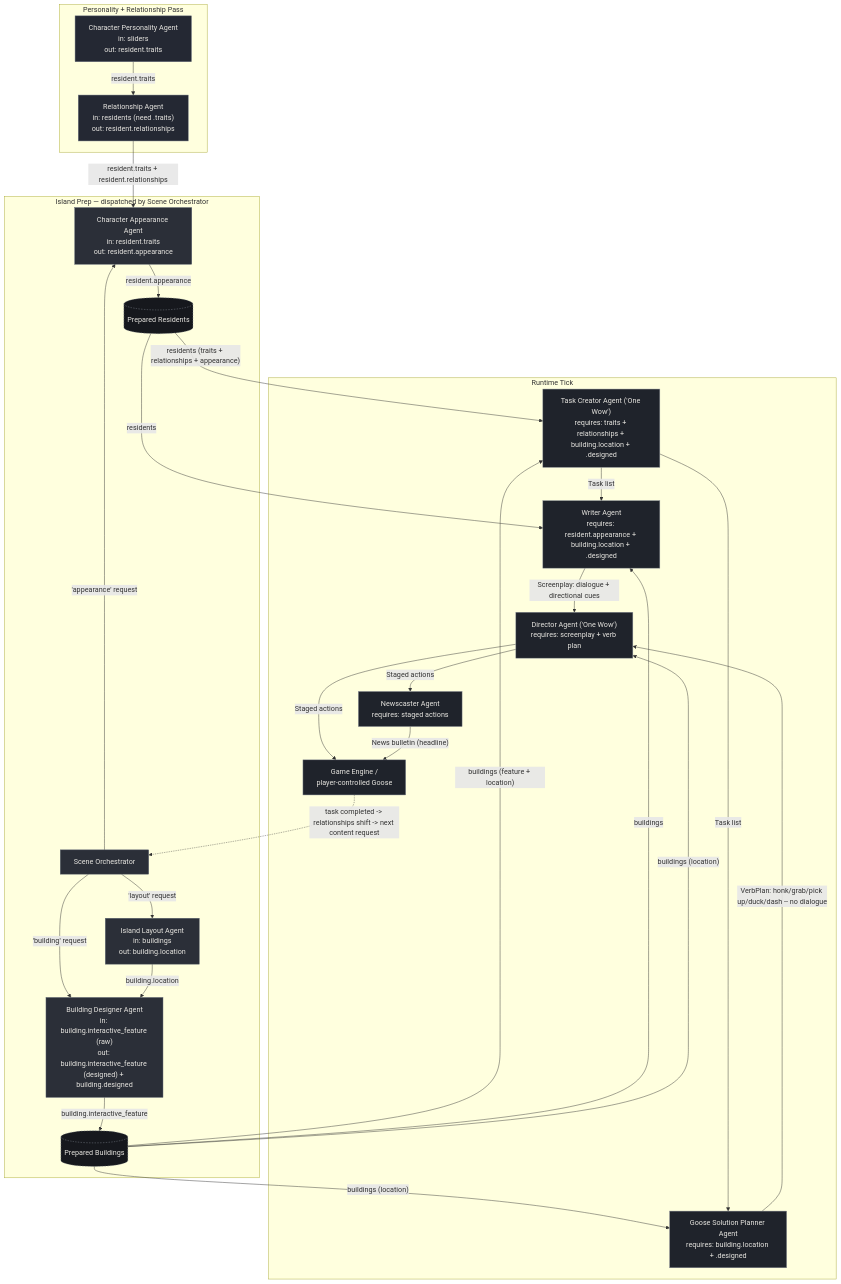
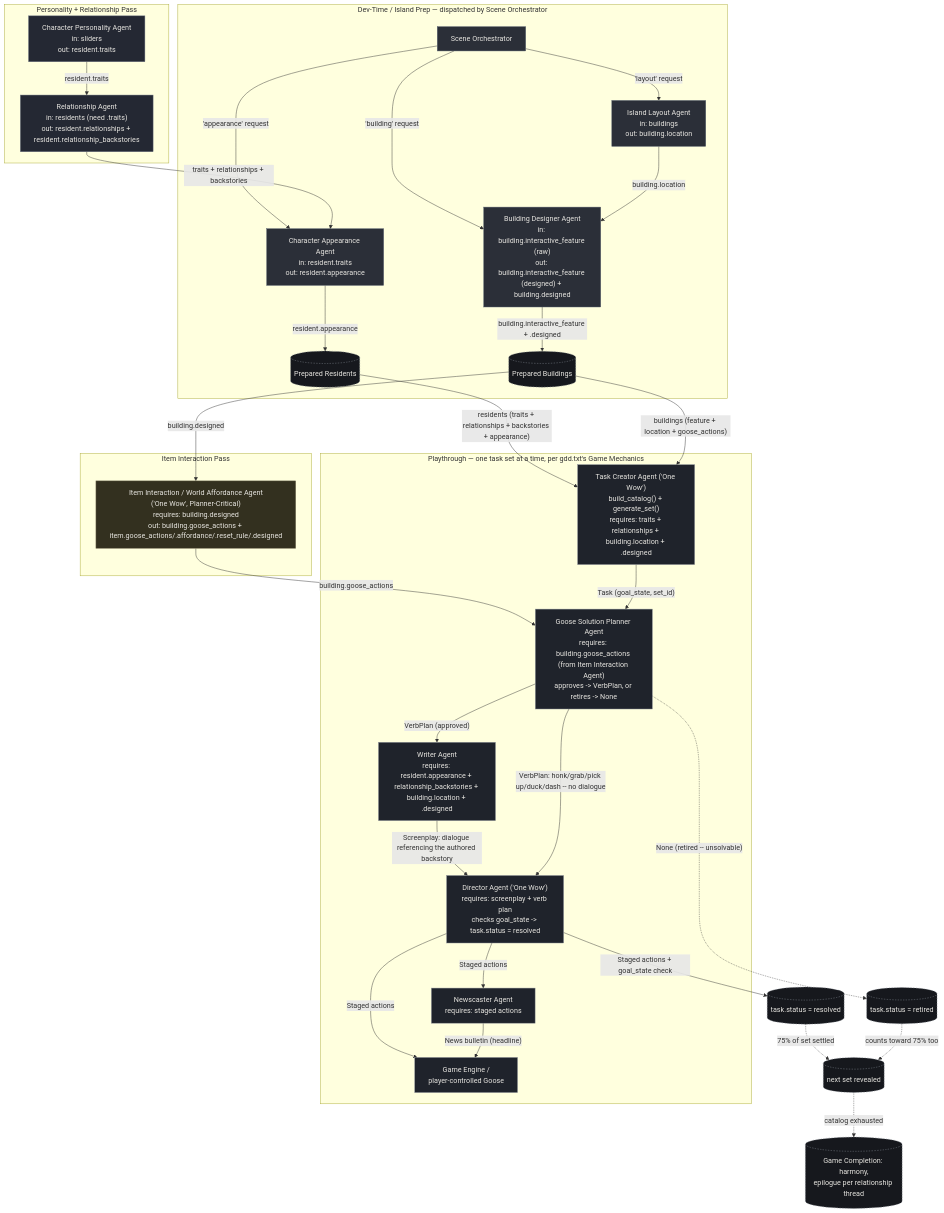
The diagram in GachoBadi/DIAGRAM.md (BeverlyAb/Multi-Agent-Game-Development), drawn with Mermaid before and after one commit. The commit also changed other lines of this file and 14 other files, not shown here.

````diff
--- a/GachoBadi/DIAGRAM.md
+++ b/GachoBadi/DIAGRAM.md
@@ -16,59 +21,69 @@
 ```mermaid
 flowchart TB
     subgraph FOUNDATION["Personality + Relationship Pass"]
         CPA["Character Personality Agent<br/>in: sliders<br/>out: resident.traits"]
-        RA["Relationship Agent<br/>in: residents (need .traits)<br/>out: resident.relationships"]
+        RA["Relationship Agent<br/>in: residents (need .traits)<br/>out: resident.relationships + resident.relationship_backstories"]
         CPA -->|"resident.traits"| RA
     end
 
-    subgraph PREP["Island Prep — dispatched by Scene Orchestrator"]
+    subgraph PREP["Dev-Time / Island Prep — dispatched by Scene Orchestrator"]
         SO["Scene Orchestrator"]
         CAA["Character Appearance Agent<br/>in: resident.traits<br/>out: resident.appearance"]
         ILA["Island Layout Agent<br/>in: buildings<br/>out: building.location"]
         BDA["Building Designer Agent<br/>in: building.interactive_feature (raw)<br/>out: building.interactive_feature (designed) + building.designed"]
 
         SO -->|"'appearance' request"| CAA
         SO -->|"'building' request"| BDA
         SO -->|"'layout' request"| ILA
 
         ILA -->|"building.location"| BDA
         CAA -->|"resident.appearance"| RESIDENTS[("Prepared Residents")]
-        BDA -->|"building.interactive_feature"| BUILDINGS[("Prepared Buildings")]
+        BDA -->|"building.interactive_feature + .designed"| BUILDINGS[("Prepared Buildings")]
     end
 
-    RA -->|"resident.traits + resident.relationships"| CAA
+    RA -->|"traits + relationships + backstories"| CAA
 
-    subgraph TICK["Runtime Tick"]
-        TCA["Task Creator Agent ('One Wow')<br/>requires: traits + relationships + building.location + .designed"]
-        WA["Writer Agent<br/>requires: resident.appearance + building.location + .designed"]
-        GSPA["Goose Solution Planner Agent<br/>requires: building.location + .designed"]
-        DA["Director Agent ('One Wow')<br/>requires: screenplay + verb plan"]
+    subgraph ITEMPASS["Item Interaction Pass"]
+        IIA["Item Interaction / World Affordance Agent<br/>('One Wow', Planner-Critical)<br/>requires: building.designed<br/>out: building.goose_actions + item.goose_actions/.affordance/.reset_rule/.designed"]
+    end
+
+    BUILDINGS -->|"building.designed"| IIA
+
+    subgraph TICK["Playthrough — one task set at a time, per gdd.txt's Game Mechanics"]
+        TCA["Task Creator Agent ('One Wow')<br/>build_catalog() + generate_set()<br/>requires: traits + relationships + building.location + .designed"]
+        GSPA["Goose Solution Planner Agent<br/>requires: building.goose_actions (from Item Interaction Agent)<br/>approves -> VerbPlan, or retires -> None"]
+        WA["Writer Agent<br/>requires: resident.appearance + relationship_backstories + building.location + .designed"]
+        DA["Director Agent ('One Wow')<br/>requires: screenplay + verb plan<br/>checks goal_state -> task.status = resolved"]
         NA["Newscaster Agent<br/>requires: staged actions"]
         GAME["Game Engine /<br/>player-controlled Goose"]
     end
 
-    RESIDENTS -->|"residents (traits + relationships + appearance)"| TCA
-    BUILDINGS -->|"buildings (feature + location)"| TCA
-    RESIDENTS -->|"residents"| WA
-    BUILDINGS -->|"buildings"| WA
-    BUILDINGS -->|"buildings (location)"| GSPA
-    BUILDINGS -->|"buildings (location)"| DA
+    RESIDENTS -->|"residents (traits + relationships + backstories + appearance)"| TCA
+    BUILDINGS -->|"buildings (feature + location + goose_actions)"| TCA
+    IIA -->|"building.goose_actions"| GSPA
 
-    TCA -->|"Task list"| WA
-    TCA -->|"Task list"| GSPA
-    WA -->|"Screenplay: dialogue + directional cues"| DA
+    TCA -->|"Task (goal_state, set_id)"| GSPA
+    GSPA -->|"VerbPlan (approved)"| WA
+    GSPA -.->|"None (retired -- unsolvable)"| RETIRED[("task.status = retired")]
+    WA -->|"Screenplay: dialogue referencing the authored backstory"| DA
     GSPA -->|"VerbPlan: honk/grab/pick up/duck/dash -- no dialogue"| DA
+    DA -->|"Staged actions + goal_state check"| RESOLVED[("task.status = resolved")]
     DA -->|"Staged actions"| NA
     DA -->|"Staged actions"| GAME
     NA -->|"News bulletin (headline)"| GAME
-    GAME -.->|"task completed -> relationships shift -> next content request"| SO
+
+    RESOLVED -.->|"75% of set settled"| NEXTSET[("next set revealed")]
+    RETIRED -.->|"counts toward 75% too"| NEXTSET
+    NEXTSET -.->|"catalog exhausted"| COMPLETION[("Game Completion: harmony,<br/>epilogue per relationship thread")]
 
     classDef found fill:#242833,stroke:#6b7280,color:#e8e6e1;
     classDef prep fill:#2b2f38,stroke:#5a6270,color:#e8e6e1;
+    classDef item fill:#33301f,stroke:#8a8368,color:#e8e6e1;
     classDef tick fill:#1f232b,stroke:#8a8f98,color:#e8e6e1;
     classDef data fill:#16181d,stroke:#8a8f98,color:#e8e6e1,stroke-dasharray: 3 3;
     class CPA,RA found;
     class SO,CAA,ILA,BDA prep;
-    class TCA,WA,GSPA,DA,NA,GAME tick;
-    class RESIDENTS,BUILDINGS data;
+    class IIA item;
+    class TCA,GSPA,WA,DA,NA,GAME tick;
+    class RESIDENTS,BUILDINGS,RETIRED,RESOLVED,NEXTSET,COMPLETION data;
 ```
````
